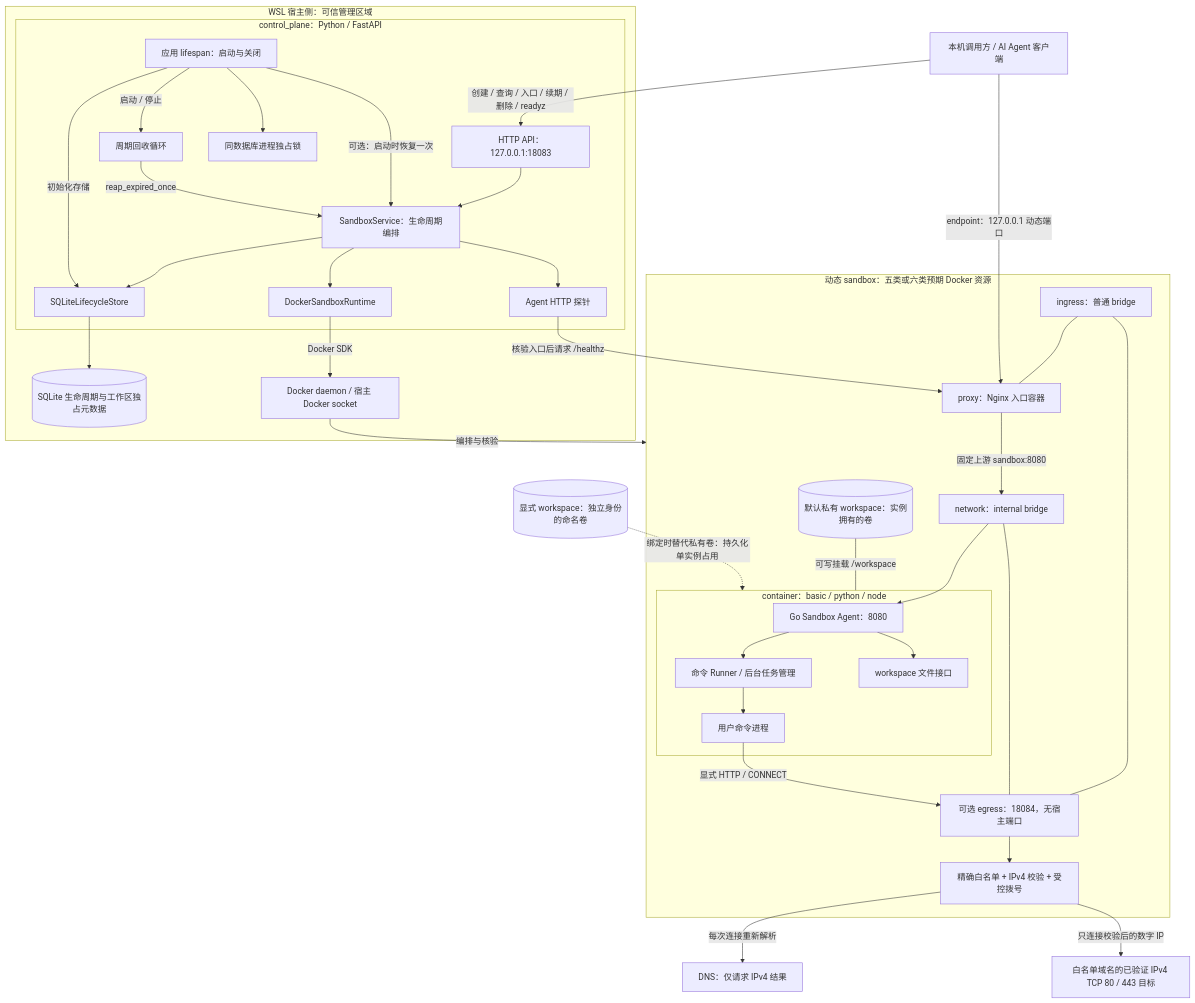
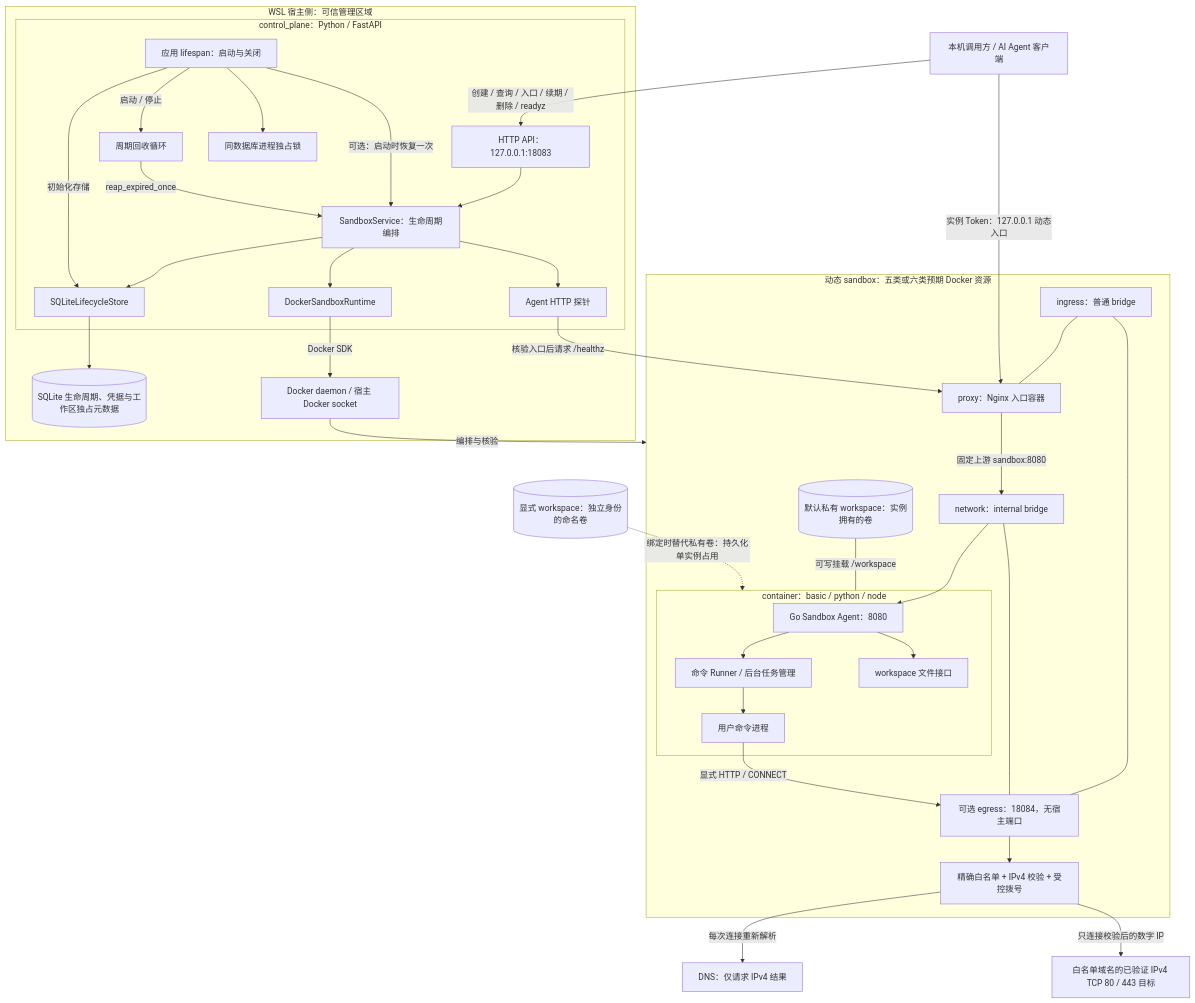
The diagram in docs/ARCHITECTURE.md (nico-hua/agent-sandbox), drawn with Mermaid before and after one commit. The commit also changed other lines of this file and 59 other files, not shown here.

````diff
--- a/docs/ARCHITECTURE.md
+++ b/docs/ARCHITECTURE.md
@@ -16,68 +16,68 @@
 ```mermaid
 flowchart TB
     Client["本机调用方 / AI Agent 客户端"]
 
     subgraph Host["WSL 宿主侧：可信管理区域"]
         subgraph Control["control_plane：Python / FastAPI"]
             API["HTTP API：127.0.0.1:18083"]
             Service["SandboxService：生命周期编排"]
             Lifespan["应用 lifespan：启动与关闭"]
             Reaper["周期回收循环"]
             Store["SQLiteLifecycleStore"]
             Runtime["DockerSandboxRuntime"]
             Probe["Agent HTTP 探针"]
             Lock["同数据库进程独占锁"]
             API --> Service
             Service --> Store
             Service --> Runtime
             Service --> Probe
             Lifespan --> Lock
             Lifespan -->|"初始化存储"| Store
             Lifespan -->|"可选：启动时恢复一次"| Service
             Lifespan -->|"启动 / 停止"| Reaper
             Reaper -->|"reap_expired_once"| Service
         end
-        DB[("SQLite 生命周期与工作区独占元数据")]
+        DB[("SQLite 生命周期、凭据与工作区独占元数据")]
         Daemon["Docker daemon / 宿主 Docker socket"]
         Store --> DB
         Runtime -->|"Docker SDK"| Daemon
     end
 
     subgraph Instance["动态 sandbox：五类或六类预期 Docker 资源"]
         Ingress["ingress：普通 bridge"]
         Entry["proxy：Nginx 入口容器"]
         Internal["network：internal bridge"]
         Workspace[("默认私有 workspace：实例拥有的卷")]
         subgraph Sandbox["container：basic / python / node"]
             Agent["Go Sandbox Agent：8080"]
             Runner["命令 Runner / 后台任务管理"]
             Files["workspace 文件接口"]
             Process["用户命令进程"]
             Agent --> Runner
             Runner --> Process
             Agent --> Files
         end
         EgressServer["可选 egress：18084，无宿主端口"]
         Guard["精确白名单 + IPv4 校验 + 受控拨号"]
         Ingress --- EgressServer
         Internal --- EgressServer
         Process -->|"显式 HTTP / CONNECT"| EgressServer
         EgressServer --> Guard
         Ingress --- Entry
         Entry -->|"固定上游 sandbox:8080"| Internal
         Internal --> Agent
         Workspace ---|"可写挂载 /workspace"| Sandbox
     end
 
     IndependentWorkspace[("显式 workspace：独立身份的命名卷")]
     IndependentWorkspace -.->|"绑定时替代私有卷：持久化单实例占用"| Sandbox
 
     DNS["DNS：仅请求 IPv4 结果"]
     Target["白名单域名的已验证 IPv4 TCP 80 / 443 目标"]
     Client -->|"创建 / 查询 / 入口 / 续期 / 删除 / readyz"| API
-    Client -->|"endpoint：127.0.0.1 动态端口"| Entry
+    Client -->|"实例 Token：127.0.0.1 动态入口"| Entry
     Probe -->|"核验入口后请求 /healthz"| Entry
     Daemon -->|"编排与核验"| Instance
     Guard -->|"每次连接重新解析"| DNS
     Guard -->|"只连接校验后的数字 IP"| Target
 ```
````
